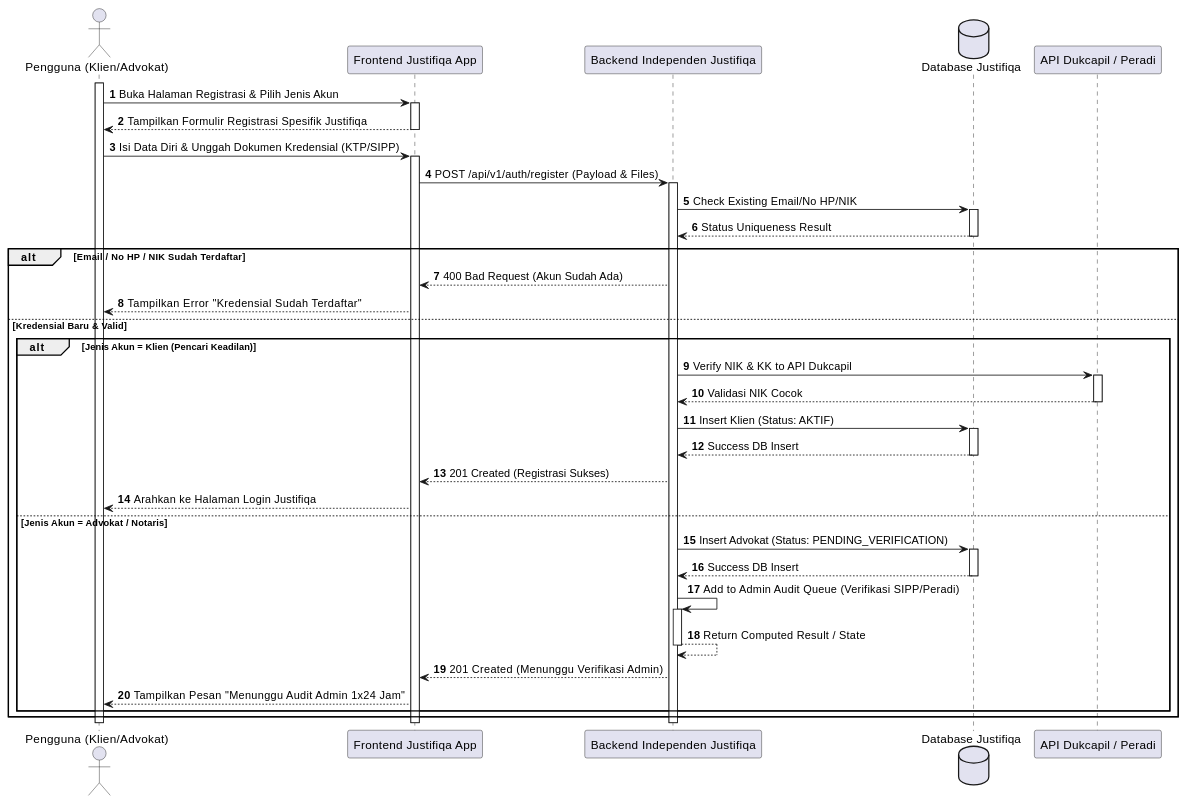
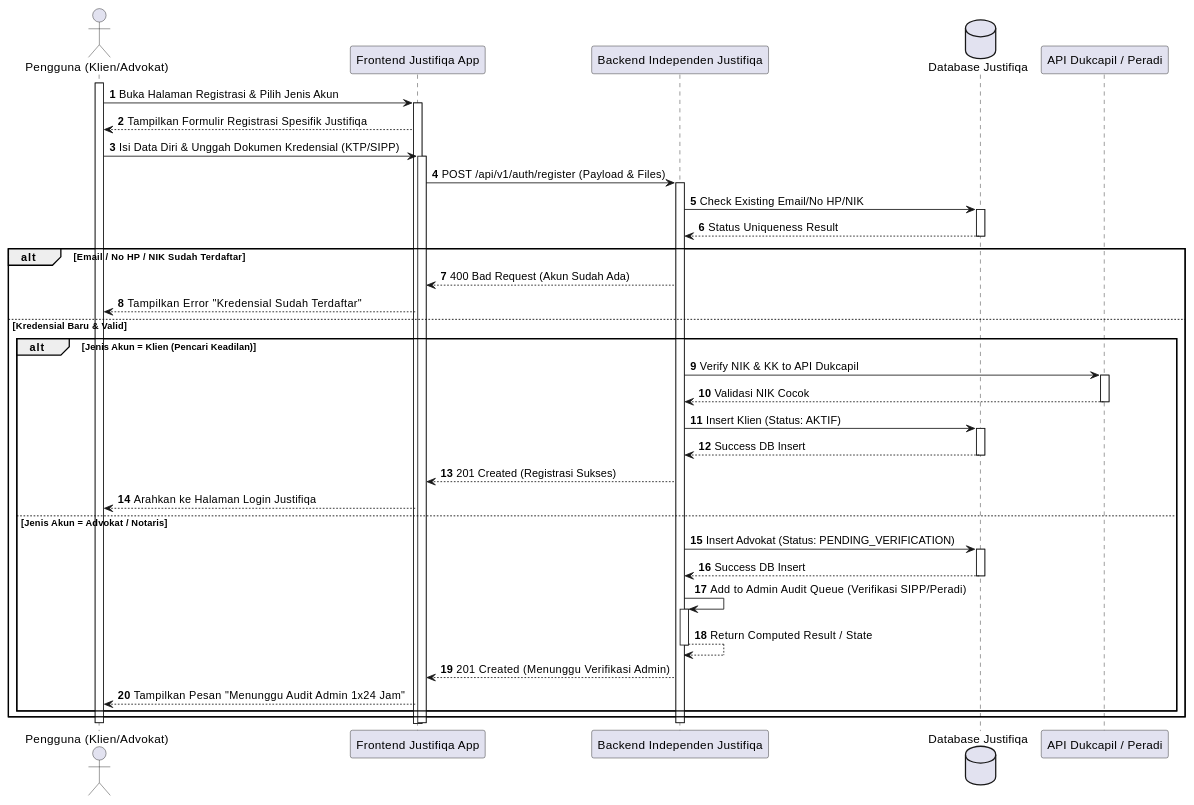
Before and after one commit to tupperwureism/SuperApp-Gagal: the first of 27 diagrams in MarkDown/plantuml_sequence_diagrams.md, drawn with PlantUML. The commit also changed other lines of this file and 2 other files, not shown here.

Commit message:
fix(uml): remove shorthand deactivations from actor return arrows and prevent double deactivations across SD Justifiqa and Qualifa

````diff
--- a/MarkDown/plantuml_sequence_diagrams.md
+++ b/MarkDown/plantuml_sequence_diagrams.md
@@ -20,43 +20,43 @@
 ```plantuml
 @startuml
 autonumber
 actor "Pengguna (Klien/Advokat)" as User
 participant "Frontend Justifiqa App" as FE
 participant "Backend Independen Justifiqa" as BE
 database "Database Justifiqa" as DB
 participant "API Dukcapil / Peradi" as Ext
 
 activate User
 User -> FE ++ : Buka Halaman Registrasi & Pilih Jenis Akun
-FE --> User -- : Tampilkan Formulir Registrasi Spesifik Justifiqa
+FE --> User : Tampilkan Formulir Registrasi Spesifik Justifiqa
 User -> FE ++ : Isi Data Diri & Unggah Dokumen Kredensial (KTP/SIPP)
 FE -> BE ++ : POST /api/v1/auth/register (Payload & Files)
 
 BE -> DB ++ : Check Existing Email/No HP/NIK
 DB --> BE -- : Status Uniqueness Result
 
 alt Email / No HP / NIK Sudah Terdaftar
     BE --> FE : 400 Bad Request (Akun Sudah Ada)
     FE --> User : Tampilkan Error "Kredensial Sudah Terdaftar"
 else Kredensial Baru & Valid
     alt Jenis Akun = Klien (Pencari Keadilan)
         BE -> Ext ++ : Verify NIK & KK to API Dukcapil
         Ext --> BE -- : Validasi NIK Cocok
         BE -> DB ++ : Insert Klien (Status: AKTIF)
         DB --> BE -- : Success DB Insert
         BE --> FE : 201 Created (Registrasi Sukses)
         FE --> User : Arahkan ke Halaman Login Justifiqa
     else Jenis Akun = Advokat / Notaris
         BE -> DB ++ : Insert Advokat (Status: PENDING_VERIFICATION)
         DB --> BE -- : Success DB Insert
         BE -> BE ++ : Add to Admin Audit Queue (Verifikasi SIPP/Peradi)
         BE --> BE -- : Return Computed Result / State
         BE --> FE : 201 Created (Menunggu Verifikasi Admin)
         FE --> User : Tampilkan Pesan "Menunggu Audit Admin 1x24 Jam"
     end
 end
 deactivate BE
 deactivate FE
 deactivate User
 @enduml
 ```
````
